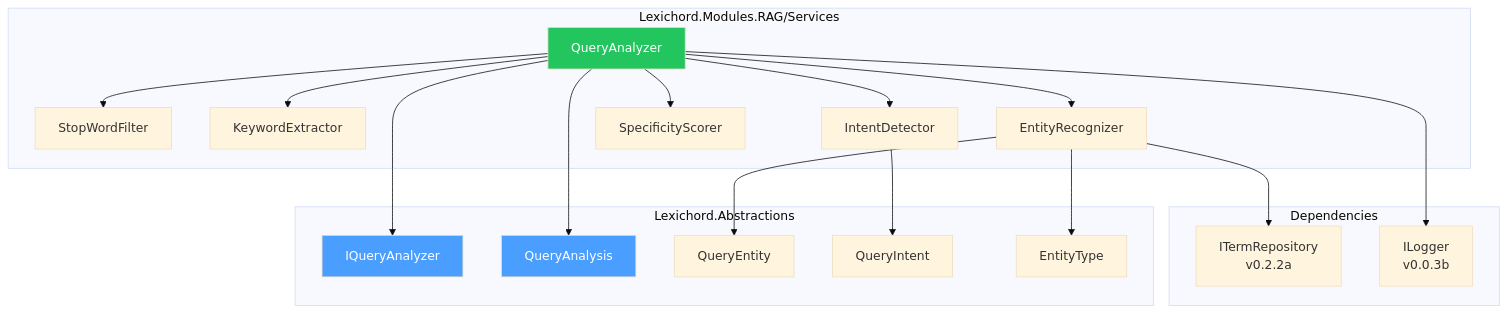
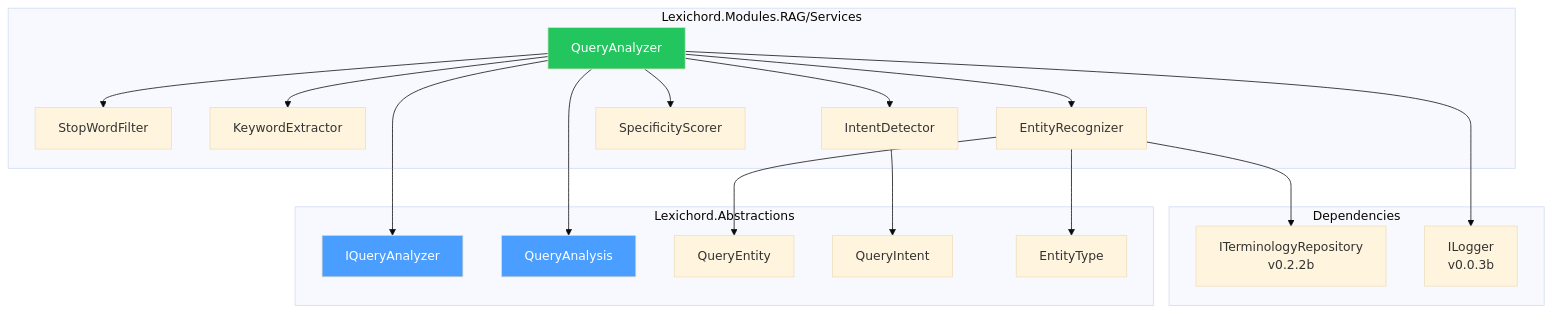
Before and after one commit to southpawriter02/lexichord: the first of 2 diagrams in docs/specs/v0.5.x/v0.5.4/LCS-DES-054a.md, drawn with Mermaid (base theme). The commit also changed other lines of this file and 5 other files, not shown here.

Commit message:
refactor: Rename `ITermRepository` to `ITerminologyRepository` and update dependency matrix with v0.5.1 components.

````diff
--- a/docs/specs/v0.5.x/v0.5.4/LCS-DES-054a.md
+++ b/docs/specs/v0.5.x/v0.5.4/LCS-DES-054a.md
@@ -57,42 +57,42 @@
 ```mermaid
 graph TB
     subgraph "Lexichord.Abstractions"
         IQA[IQueryAnalyzer]
         QAN[QueryAnalysis]
         QE[QueryEntity]
         QI[QueryIntent]
         ET[EntityType]
     end
 
     subgraph "Lexichord.Modules.RAG/Services"
         QA[QueryAnalyzer]
         SWF[StopWordFilter]
         KE[KeywordExtractor]
         ER[EntityRecognizer]
         ID[IntentDetector]
         SS[SpecificityScorer]
     end
 
     subgraph "Dependencies"
-        TR[ITermRepository<br/>v0.2.2a]
+        TR[ITerminologyRepository<br/>v0.2.2b]
         LOG[ILogger<T><br/>v0.0.3b]
     end
 
     QA --> IQA
     QA --> SWF
     QA --> KE
     QA --> ER
     QA --> ID
     QA --> SS
     QA --> QAN
     ER --> QE
     ID --> QI
     ER --> ET
 
     ER --> TR
     QA --> LOG
 
     style QA fill:#22c55e,color:#fff
     style IQA fill:#4a9eff,color:#fff
     style QAN fill:#4a9eff,color:#fff
 ```
````
